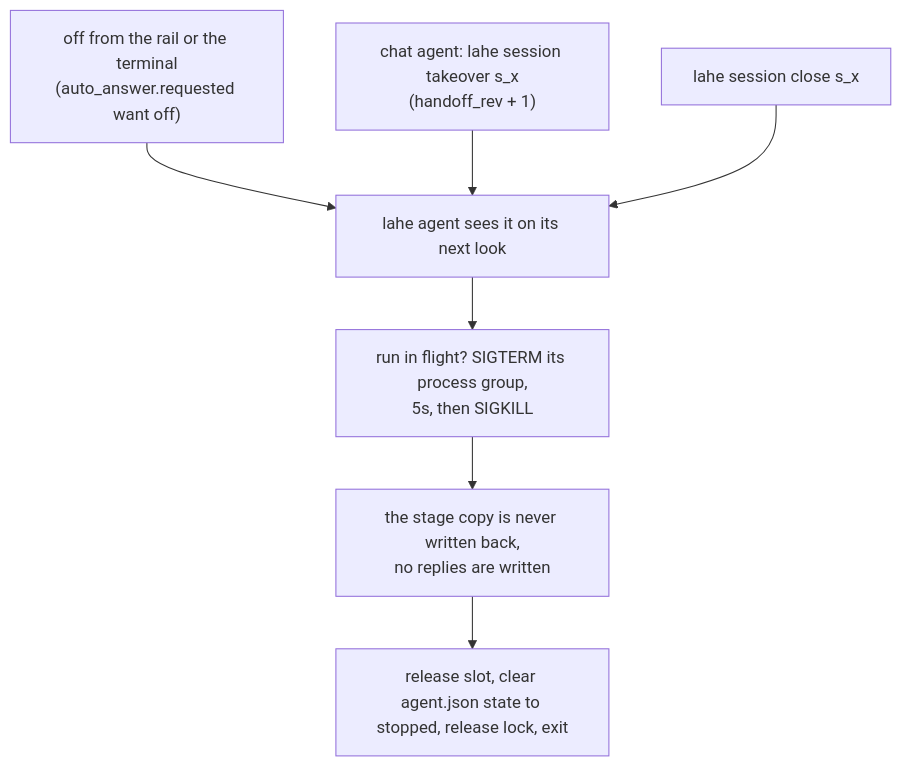
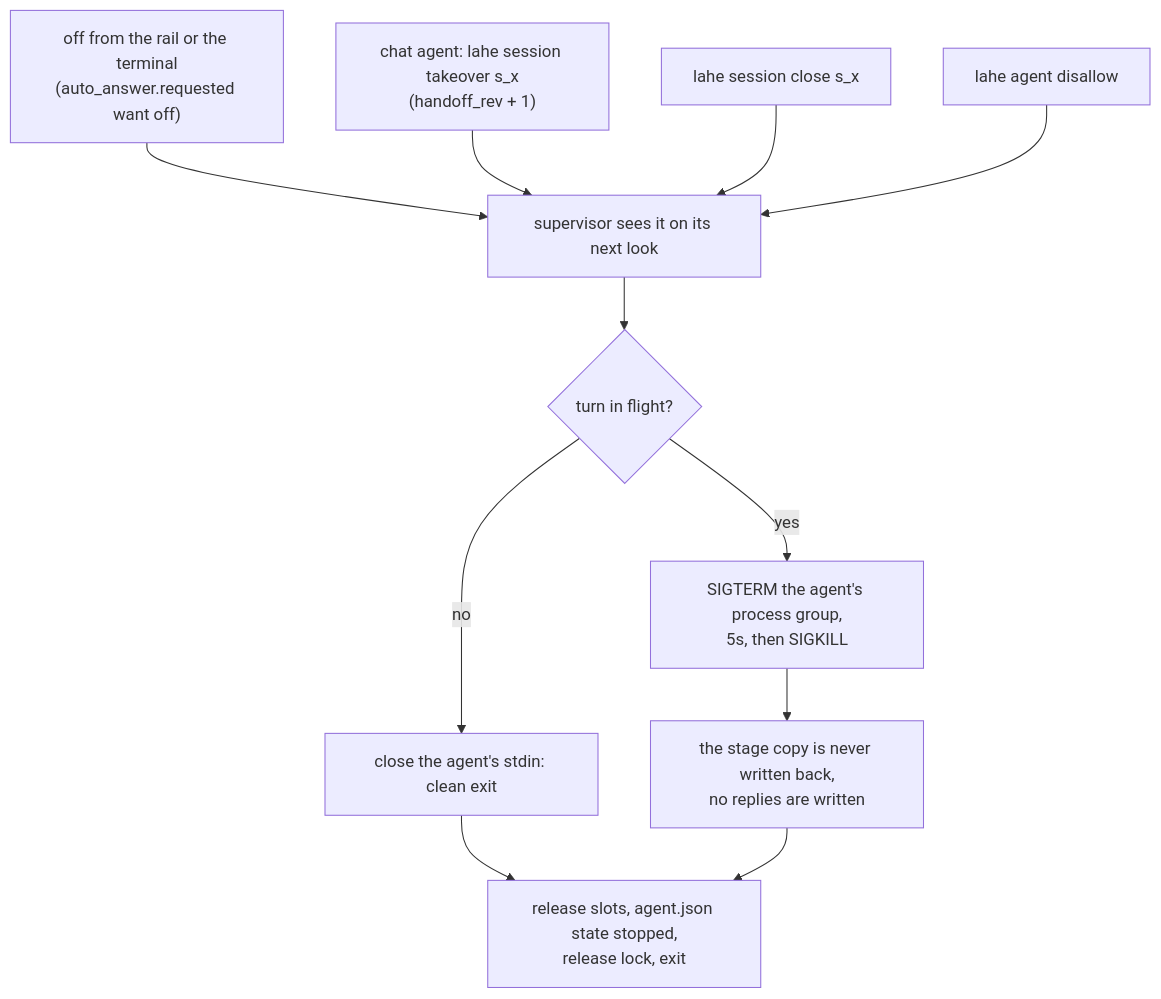
One commit to kenxle/live-agentic-html-editor changed the sixth of 7 diagrams in docs/features/20260929.01_lahe_agent_sdk/02_architecture_lahe_agent_sdk.md. Above: the diagram before and after it, drawn with Mermaid. The commit also changed other lines of this file and 2 other files, not shown here.

````diff
--- a/docs/features/20260929.01_lahe_agent_sdk/02_architecture_lahe_agent_sdk.md
+++ b/docs/features/20260929.01_lahe_agent_sdk/02_architecture_lahe_agent_sdk.md
@@ -361,9 +466,13 @@
 ```mermaid
 flowchart TD
   Off["off from the rail or the terminal<br/>(auto_answer.requested want off)"] --> Sees
   Take["chat agent: lahe session takeover s_x<br/>(handoff_rev + 1)"] --> Sees
   Close["lahe session close s_x"] --> Sees
-  Sees["lahe agent sees it on its next look"] --> Kill["run in flight? SIGTERM its process group,<br/>5s, then SIGKILL"]
+  Dis["lahe agent disallow"] --> Sees
+  Sees["supervisor sees it on its next look"] --> Q{"turn in flight?"}
+  Q -->|no| Stdin["close the agent's stdin: clean exit"]
+  Q -->|yes| Kill["SIGTERM the agent's process group,<br/>5s, then SIGKILL"]
   Kill --> Drop["the stage copy is never written back,<br/>no replies are written"]
-  Drop --> Exit["release slot, clear agent.json state to stopped, release lock, exit"]
+  Stdin --> Exit["release slots, agent.json state stopped,<br/>release lock, exit"]
+  Drop --> Exit
 ```
````
